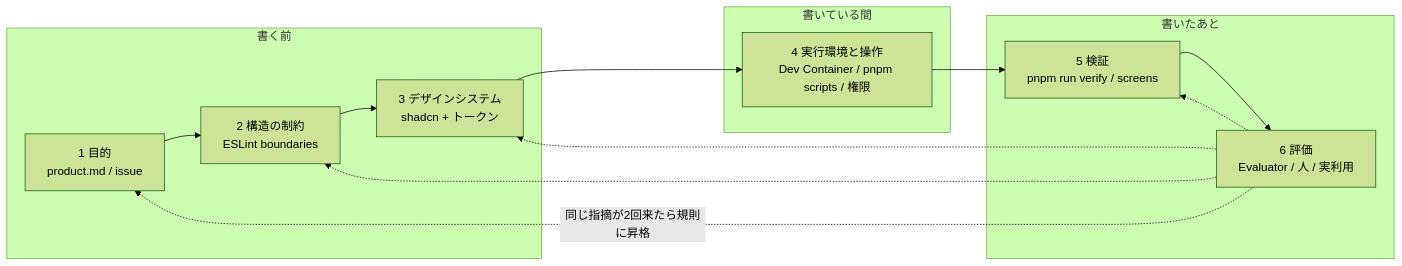
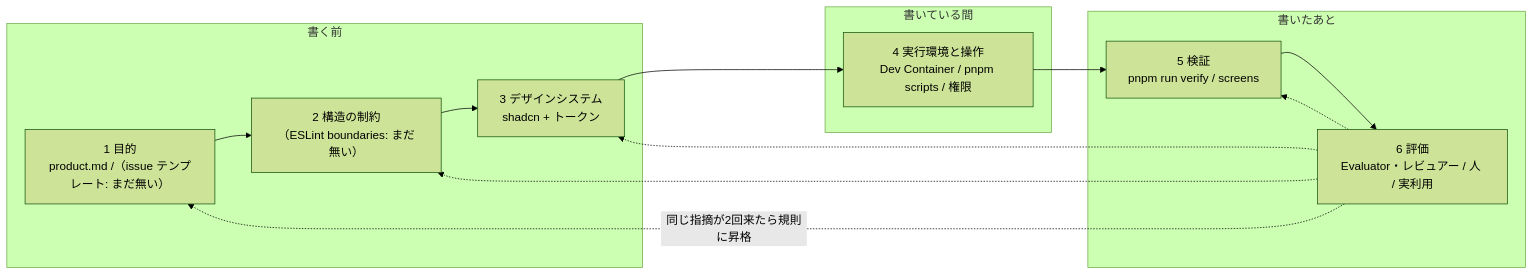
One commit to Atoyr/keiba-note changed the first of 2 diagrams in docs/harness.md. Above: the diagram before and after it, drawn with Mermaid (forest theme). The commit also changed other lines of this file and 56 other files, not shown here.

````diff
--- a/docs/harness.md
+++ b/docs/harness.md
@@ -55,20 +47,20 @@
 ```mermaid
 flowchart LR
     subgraph before["書く前"]
-        L1["1 目的<br/>product.md / issue"]
-        L2["2 構造の制約<br/>ESLint boundaries"]
+        L1["1 目的<br/>product.md /（issue テンプレート: まだ無い）"]
+        L2["2 構造の制約<br/>（ESLint boundaries: まだ無い）"]
         L3["3 デザインシステム<br/>shadcn + トークン"]
     end
     subgraph during["書いている間"]
         L4["4 実行環境と操作<br/>Dev Container / pnpm scripts / 権限"]
     end
     subgraph after["書いたあと"]
         L5["5 検証<br/>pnpm run verify / screens"]
-        L6["6 評価<br/>Evaluator / 人 / 実利用"]
+        L6["6 評価<br/>Evaluator・レビュアー / 人 / 実利用"]
     end
     L1 --> L2 --> L3 --> L4 --> L5 --> L6
     L6 -. "同じ指摘が2回来たら規則に昇格" .-> L1
     L6 -.-> L2
     L6 -.-> L3
     L6 -.-> L5
 ```
````
